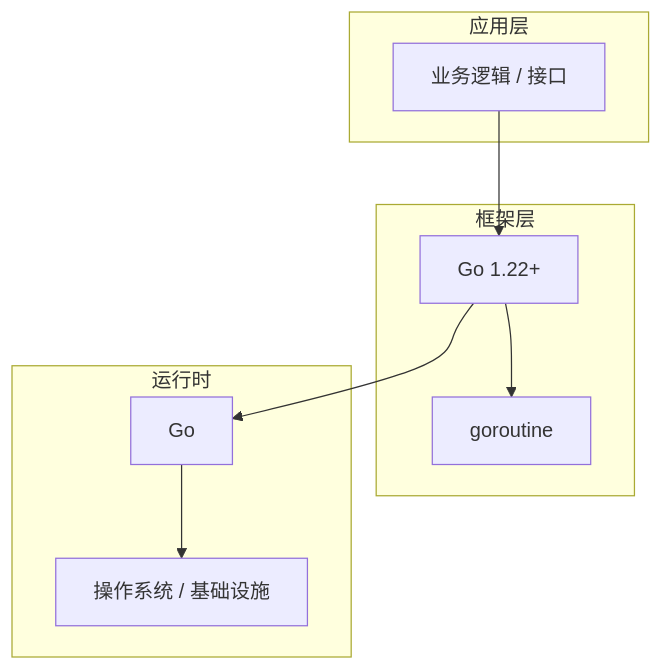
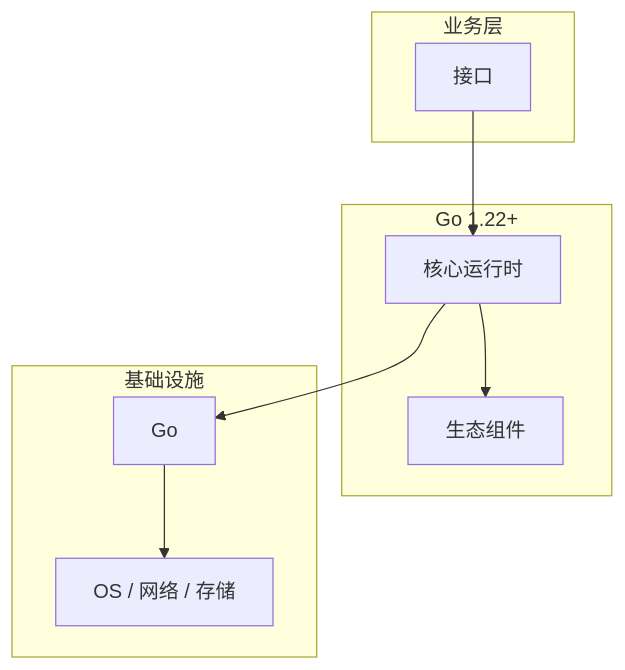
The diagram in articles/Go语言/chapters/041-接口核心概念与原理.md (yanggan2015/knowledge-json-v2), drawn with Mermaid before and after one commit. The commit also changed other lines of this file and 10127 other files, not shown here.

````diff
--- a/articles/Go语言/chapters/041-接口核心概念与原理.md
+++ b/articles/Go语言/chapters/041-接口核心概念与原理.md
@@ -45,18 +34,18 @@
 ```mermaid
 graph TB
-    subgraph 应用层
-        A[业务逻辑 / 接口]
+    subgraph 业务层
+        A[接口]
     end
-    subgraph 框架层
-        B[Go 1.22+]
-        C[goroutine]
+    subgraph Go 1.22+
+        B[核心运行时]
+        C[生态组件]
     end
-    subgraph 运行时
+    subgraph 基础设施
         D[Go]
-        E[操作系统 / 基础设施]
+        E[OS / 网络 / 存储]
     end
     A --> B
     B --> C
     B --> D
     D --> E
 ```
````
